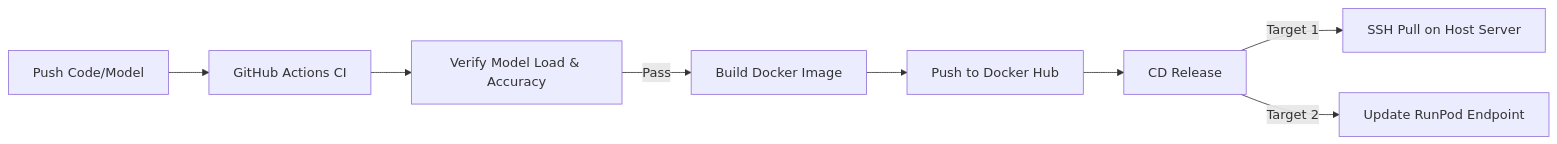
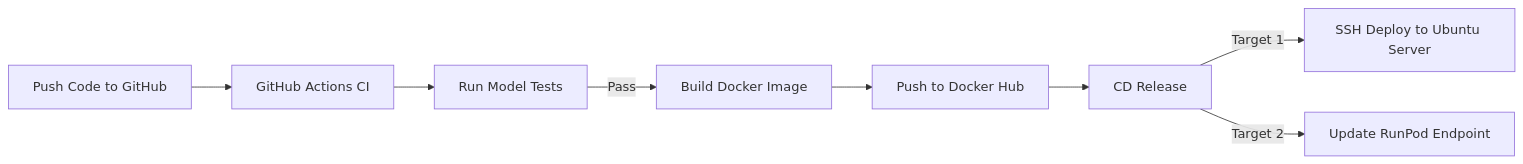
The diagram in AI-Deployment/deployment.md (ssllsaiful/deployment), drawn with Mermaid before and after one commit. The commit also changed other lines of this file and 2 other files, not shown here.

````diff
--- a/AI-Deployment/deployment.md
+++ b/AI-Deployment/deployment.md
@@ -158,10 +255,10 @@
 ```mermaid
 graph LR
-    A[Push Code/Model] --> B[GitHub Actions CI]
-    B --> C[Verify Model Load & Accuracy]
+    A[Push Code to GitHub] --> B[GitHub Actions CI]
+    B --> C[Run Model Tests]
     C -->|Pass| D[Build Docker Image]
     D --> E[Push to Docker Hub]
     E --> F[CD Release]
-    F -->|Target 1| G[SSH Pull on Host Server]
+    F -->|Target 1| G[SSH Deploy to Ubuntu Server]
     F -->|Target 2| H[Update RunPod Endpoint]
 ```
````
